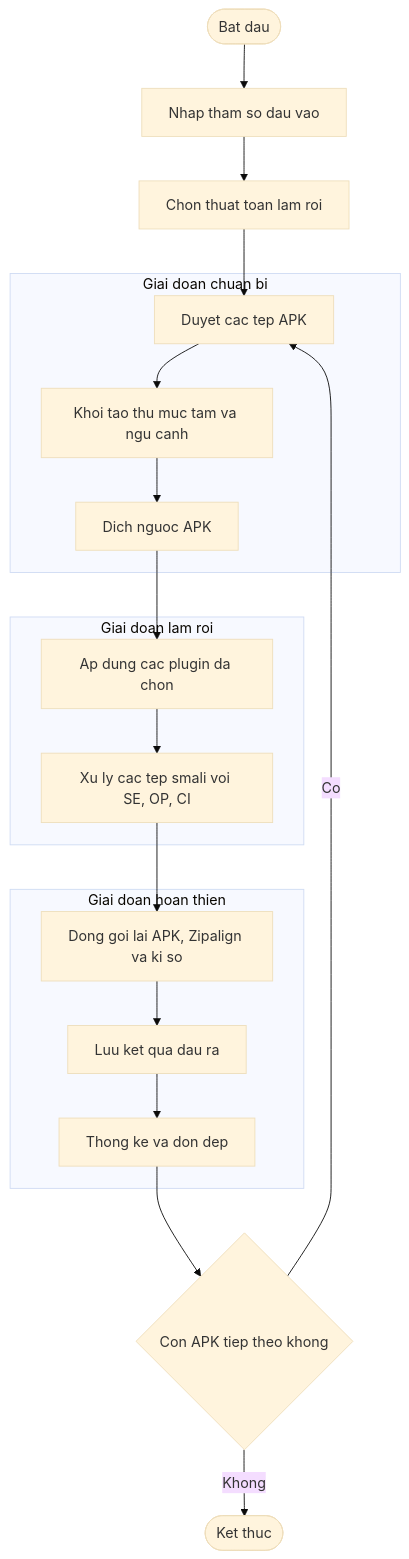
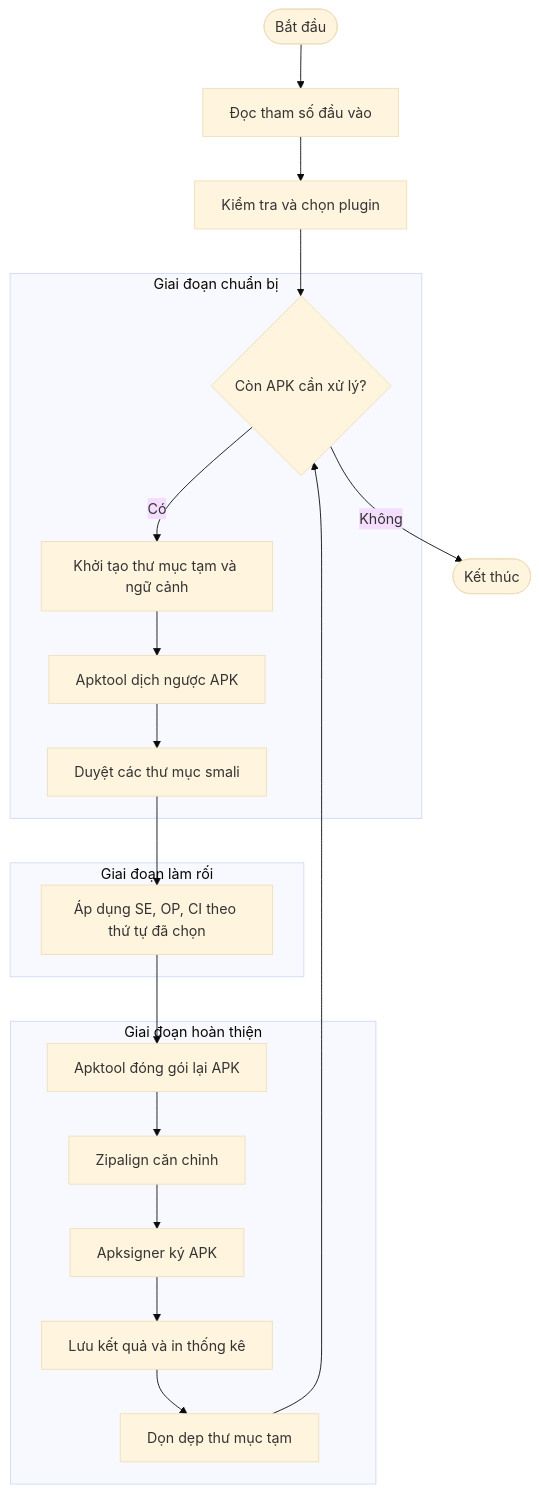
Before and after one commit to VuHai-Sec/APK_obfuscator: the diagram in sơ đồ luồng.mmd, drawn with Mermaid (base theme). The commit also changed 2 other files, not shown here.

```diff
--- a/sơ đồ luồng.mmd
+++ b/sơ đồ luồng.mmd
@@ -1,24 +1,25 @@
 flowchart TD
-    A([Bat dau]) --> B[Nhap tham so dau vao]
-    B --> C[Chon thuat toan lam roi]
-    C --> D[Duyet cac tep APK]
+    A([Bắt đầu]) --> B[Đọc tham số đầu vào]
+    B --> C[Kiểm tra và chọn plugin]
+    C --> D{Còn APK cần xử lý?}
 
-    subgraph S1 [Giai doan chuan bi]
-        D --> E[Khoi tao thu muc tam va ngu canh]
-        E --> F[Dich nguoc APK]
+    subgraph S1 [Giai đoạn chuẩn bị]
+        D -->|Có| E[Khởi tạo thư mục tạm và ngữ cảnh]
+        E --> F[Apktool dịch ngược APK]
+        F --> G[Duyệt các thư mục smali]
     end
 
-    subgraph S2 [Giai doan lam roi]
-        F --> G[Ap dung cac plugin da chon]
-        G --> H[Xu ly cac tep smali voi SE, OP, CI]
+    subgraph S2 [Giai đoạn làm rối]
+        G --> H[Áp dụng SE, OP, CI theo thứ tự đã chọn]
     end
 
-    subgraph S3 [Giai doan hoan thien]
-        H --> I[Dong goi lai APK, Zipalign va ki so]
-        I --> J[Luu ket qua dau ra]
-        J --> K[Thong ke va don dep]
+    subgraph S3 [Giai đoạn hoàn thiện]
+        H --> I[Apktool đóng gói lại APK]
+        I --> J[Zipalign căn chỉnh]
+        J --> K[Apksigner ký APK]
+        K --> L[Lưu kết quả và in thống kê]
+        L --> M[Dọn dẹp thư mục tạm]
     end
 
-    K --> L{Con APK tiep theo khong}
-    L -->|Co| D
-    L -->|Khong| M([Ket thuc])
+    M --> D
+    D -->|Không| N([Kết thúc])
```
